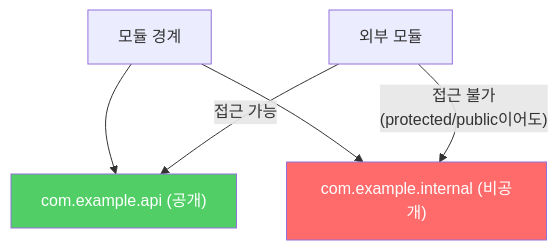
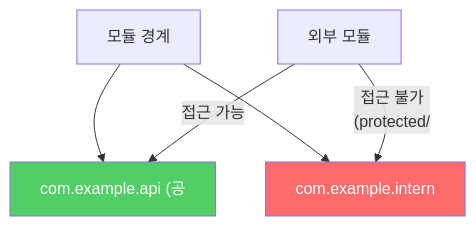
The third of 4 diagrams in _posts/java/2021-12-29-effective-java15.md (yjkim2015/yjkim2015.github.io), drawn with Mermaid before and after one commit. The commit also changed other lines of this file and 271 other files, not shown here.

First line of the commit message:
Mermaid 라벨 축소: 긴 노드 텍스트 18자 이하로 트림 + \n 제거

````diff
--- a/_posts/java/2021-12-29-effective-java15.md
+++ b/_posts/java/2021-12-29-effective-java15.md
@@ -212,9 +212,9 @@
 ```mermaid
 graph TD
-    A["모듈 경계"] --> B["com.example.api (공개)"]
-    A --> C["com.example.internal (비공개)"]
+    A["모듈 경계"] --> B["com.example.api (공"]
+    A --> C["com.example.intern"]
     D["외부 모듈"] -->|"접근 가능"| B
-    D -->|"접근 불가\n(protected/public이어도)"| C
+    D -->|"접근 불가\n(protected/"| C
     style C fill:#ff6b6b,color:#fff
     style B fill:#51cf66,color:#fff
 ```
````
